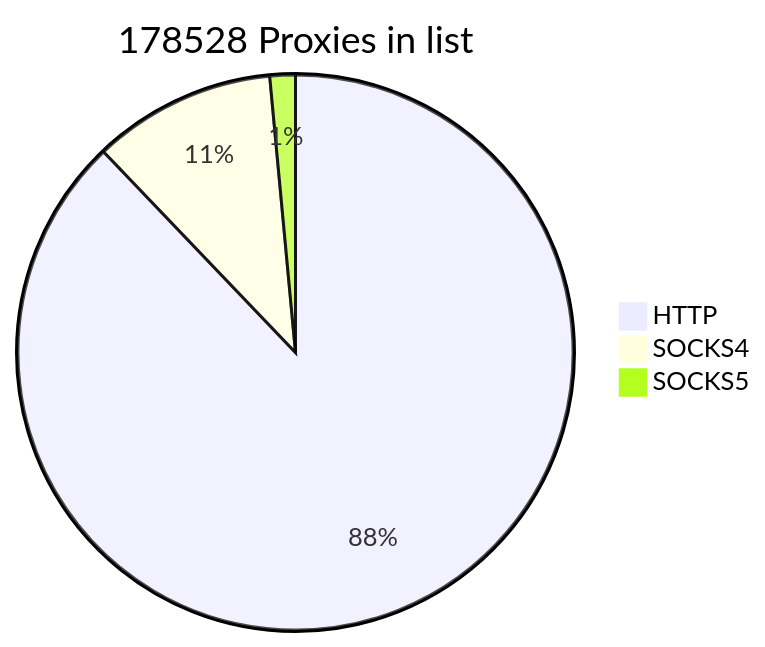
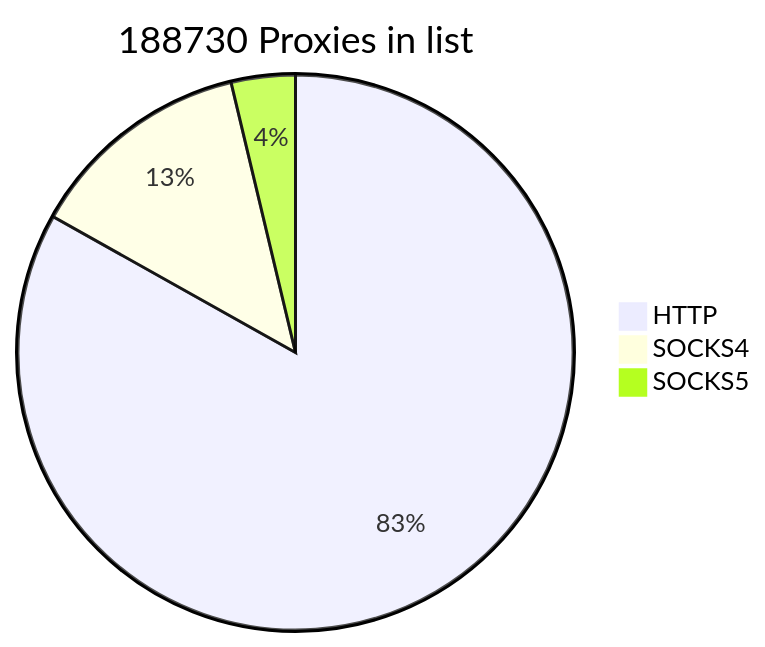
Before and after one commit to cutipu/proxylist: the first of 2 diagrams in README.md, drawn with Mermaid. The commit also changed other lines of this file, not shown here.

````diff
--- a/README.md
+++ b/README.md
@@ -2,7 +2,7 @@
 ```mermaid
-pie title 178528 Proxies in list
-    "HTTP" : 156850
-    "SOCKS4" : 19030
-    "SOCKS5" : 2648
+pie title 188730 Proxies in list
+    "HTTP" : 156894
+    "SOCKS4" : 24803
+    "SOCKS5" : 7033
             
 ```
````
